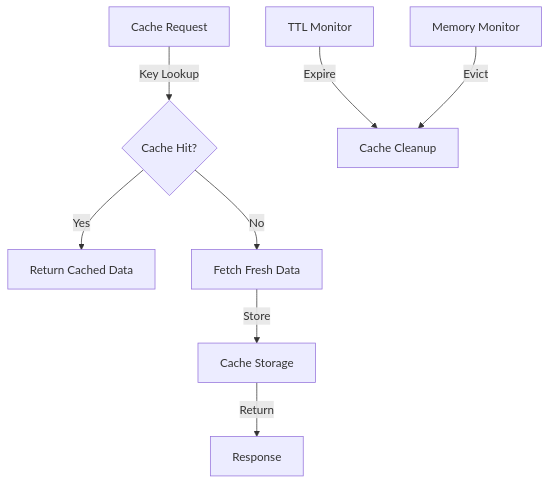
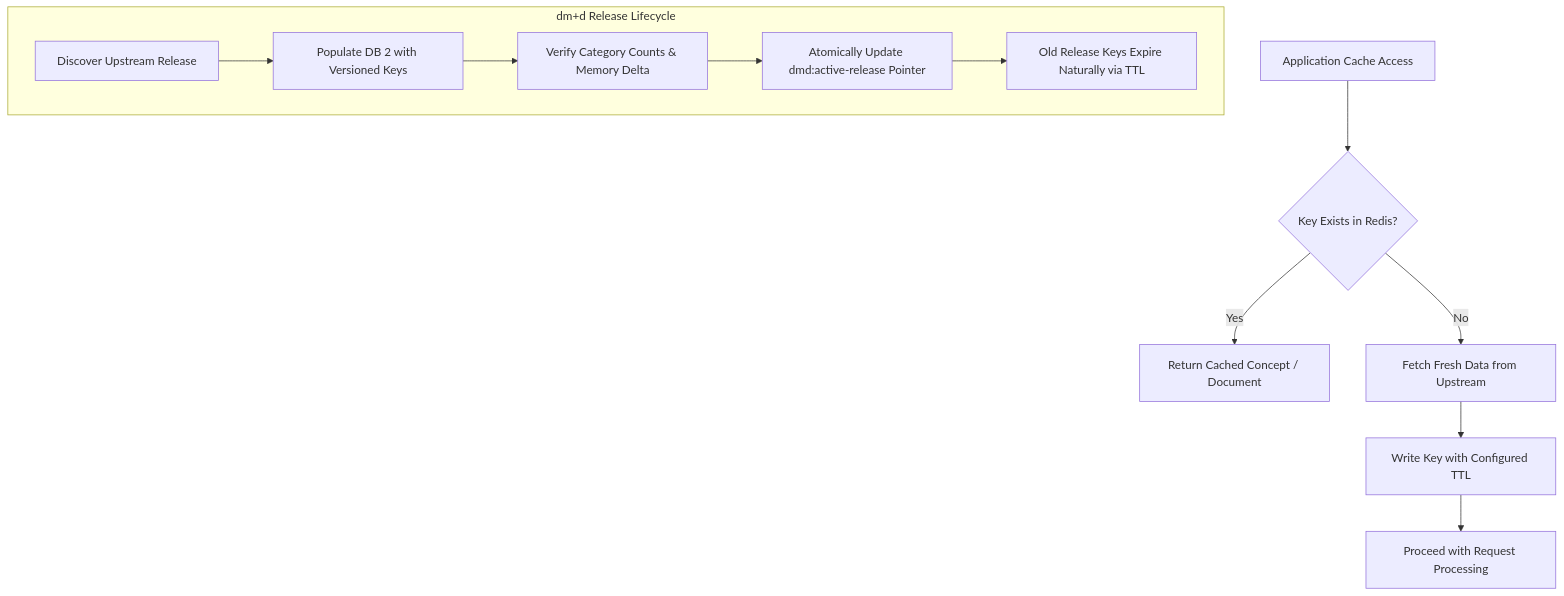
Before and after one commit to UCLH-Digital-Innovation-Hub/Xhuma: the sixth of 9 diagrams in docs/architecture/data_flow.md, drawn with Mermaid. The commit also changed other lines of this file and 13 other files, not shown here.

````diff
--- a/docs/architecture/data_flow.md
+++ b/docs/architecture/data_flow.md
@@ -139,11 +140,15 @@
 ```mermaid
 flowchart TD
-    A[Cache Request] -->|Key Lookup| B{Cache Hit?}
-    B -->|Yes| C[Return Cached Data]
-    B -->|No| D[Fetch Fresh Data]
-    D -->|Store| E[Cache Storage]
-    E -->|Return| F[Response]
-
-    G[TTL Monitor] -->|Expire| H[Cache Cleanup]
-    I[Memory Monitor] -->|Evict| H
+    Req[Application Cache Access] --> CheckKey{Key Exists in Redis?}
+    CheckKey -->|Yes| Hit[Return Cached Concept / Document]
+    CheckKey -->|No| Miss[Fetch Fresh Data from Upstream]
+    Miss --> Write[Write Key with Configured TTL]
+    Write --> ReturnData[Proceed with Request Processing]
+    
+    subgraph NaturalLifecycle [dm+d Release Lifecycle]
+        Discover[Discover Upstream Release] --> Warm[Populate DB 2 with Versioned Keys]
+        Warm --> Verify[Verify Category Counts & Memory Delta]
+        Verify --> Activate[Atomically Update dmd:active-release Pointer]
+        Activate --> Retire[Old Release Keys Expire Naturally via TTL]
+    end
 ```
````
